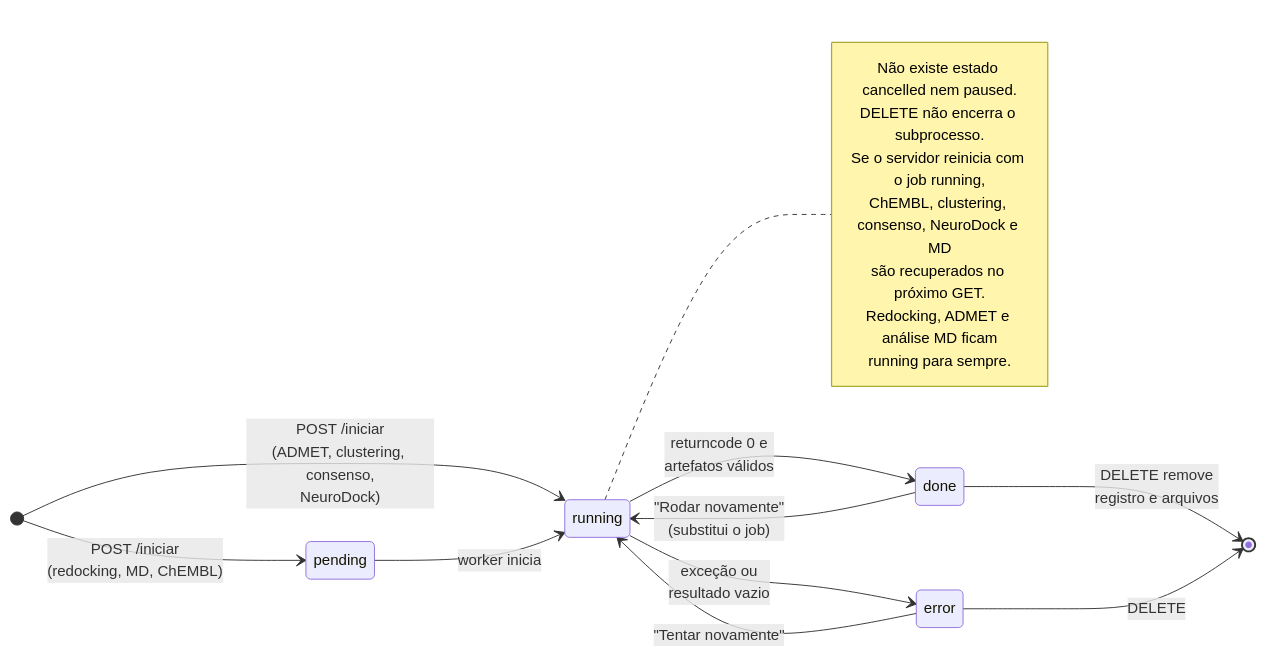
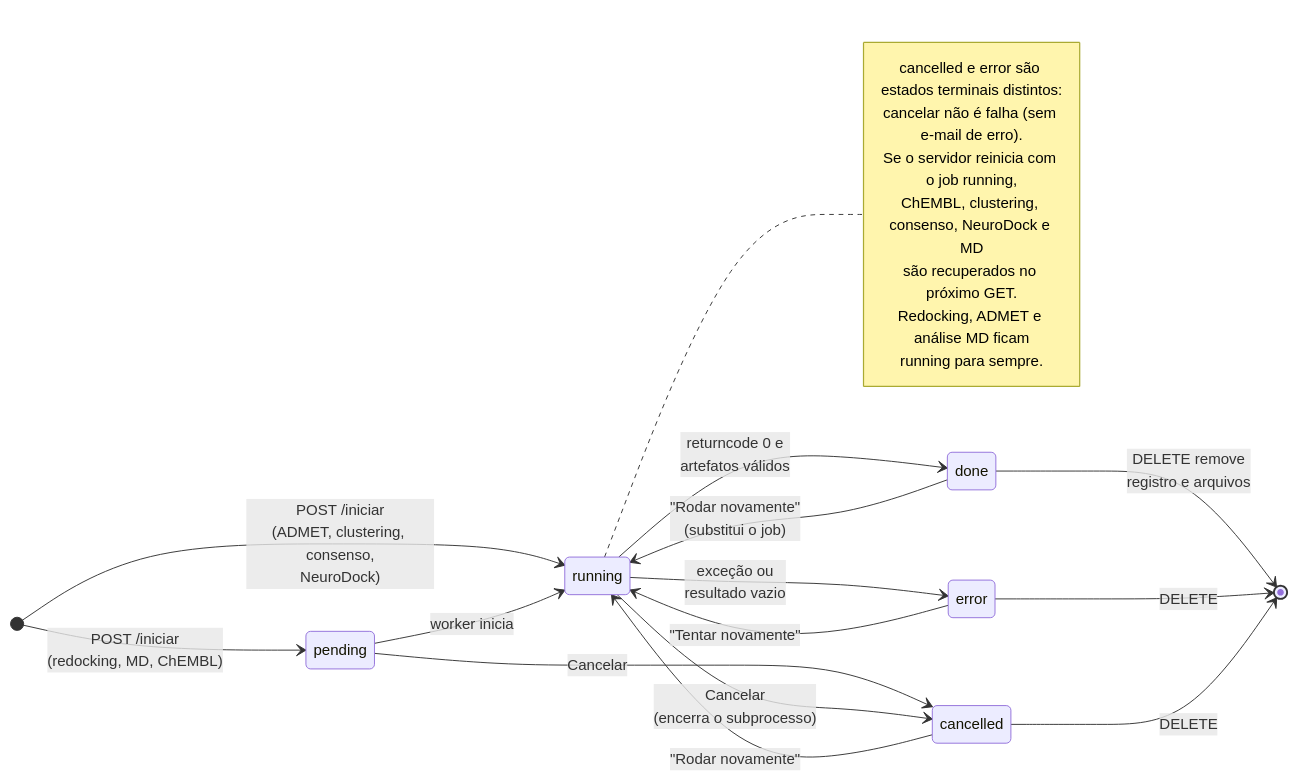
One commit to Letolsilva/DrugHunter-Studio changed the diagram in docs/diagramas/src/21-estados-job.mmd. Above: the diagram before and after it, drawn with Mermaid. The commit also changed 21 other files, not shown here.

```diff
--- a/docs/diagramas/src/21-estados-job.mmd
+++ b/docs/diagramas/src/21-estados-job.mmd
@@ -1,20 +1,24 @@
 stateDiagram-v2
     direction LR
     [*] --> pending : POST /iniciar<br/>(redocking, MD, ChEMBL)
     [*] --> running : POST /iniciar<br/>(ADMET, clustering, consenso,<br/>NeuroDock)
     pending --> running : worker inicia
+    pending --> cancelled : Cancelar
     running --> done : returncode 0 e<br/>artefatos válidos
     running --> error : exceção ou<br/>resultado vazio
+    running --> cancelled : Cancelar<br/>(encerra o subprocesso)
     done --> running : "Rodar novamente"<br/>(substitui o job)
     error --> running : "Tentar novamente"
+    cancelled --> running : "Rodar novamente"
     done --> [*] : DELETE remove<br/>registro e arquivos
     error --> [*] : DELETE
+    cancelled --> [*] : DELETE
     note right of running
-        Não existe estado cancelled nem paused.
-        DELETE não encerra o subprocesso.
+        cancelled e error são estados terminais distintos:
+        cancelar não é falha (sem e-mail de erro).
         Se o servidor reinicia com o job running,
         ChEMBL, clustering, consenso, NeuroDock e MD
         são recuperados no próximo GET.
         Redocking, ADMET e análise MD ficam
         running para sempre.
     end note
```
